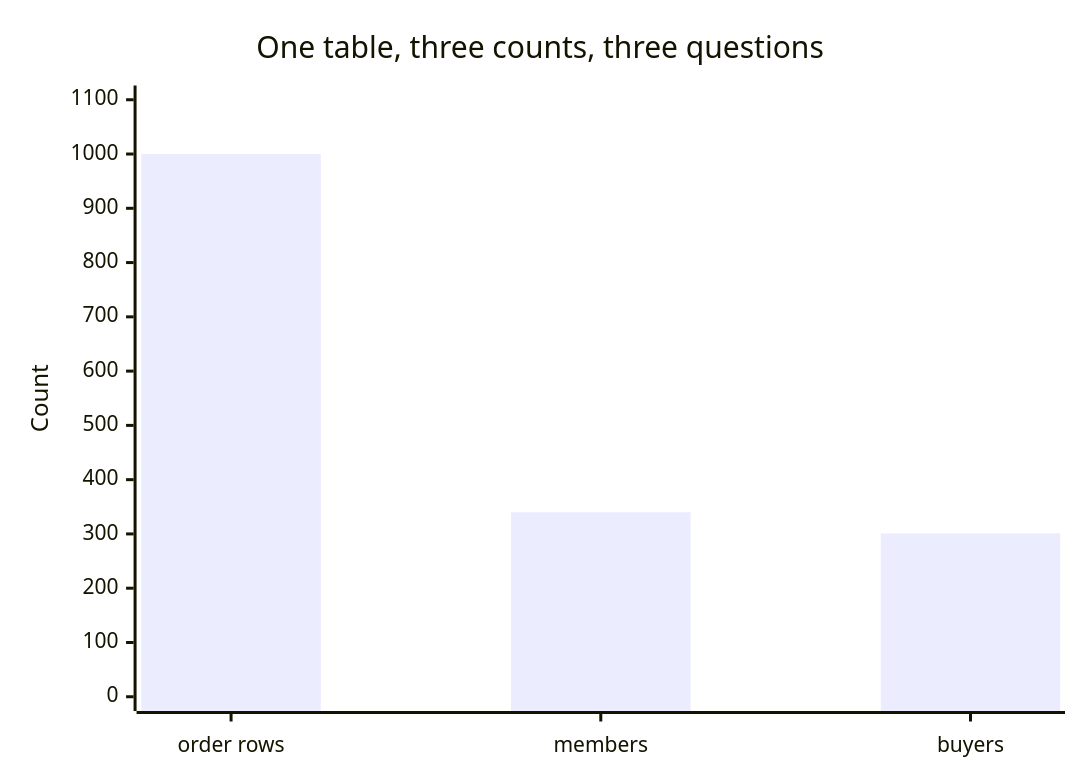
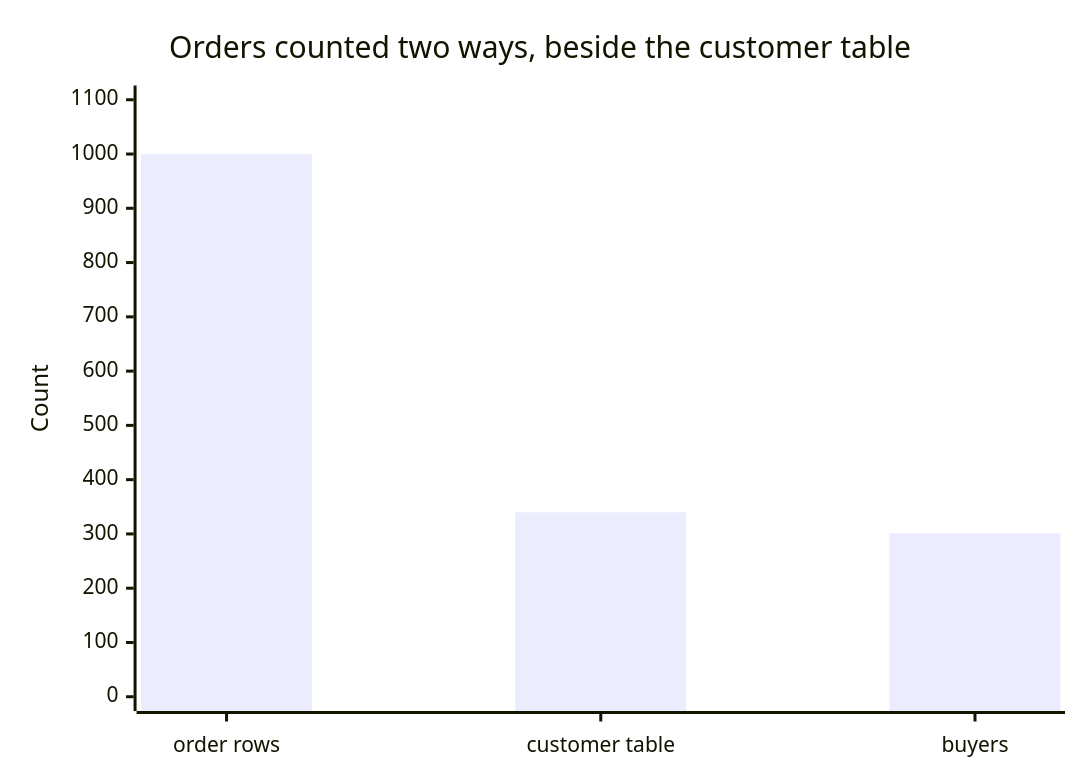
One commit to fde-academy-lab/c2-content-factory changed the ninth of 25 diagrams in content/W02/D1/slides/C2_W02_D01_half1_STUDENT.md. Above: the diagram before and after it, drawn with Mermaid. The commit also changed other lines of this file and 5 other files, not shown here.

````diff
--- a/content/W02/D1/slides/C2_W02_D01_half1_STUDENT.md
+++ b/content/W02/D1/slides/C2_W02_D01_half1_STUDENT.md
@@ -411,7 +452,7 @@
 ```mermaid
 xychart-beta
-    title "One table, three counts, three questions"
-    x-axis ["order rows", "members", "buyers"]
+    title "Orders counted two ways, beside the customer table"
+    x-axis ["order rows", "customer table", "buyers"]
     y-axis "Count" 0 --> 1100
     bar [1000, 340, 301]
 ```
````
